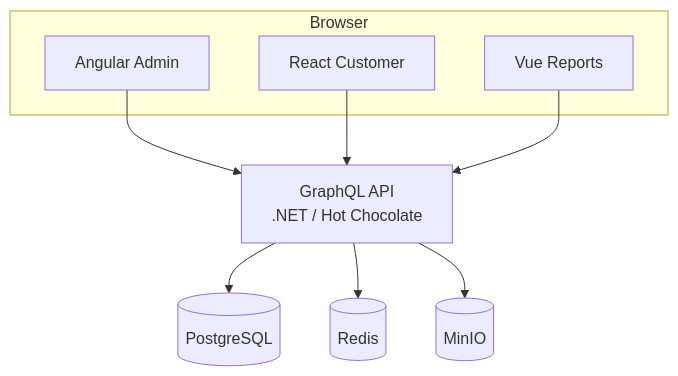
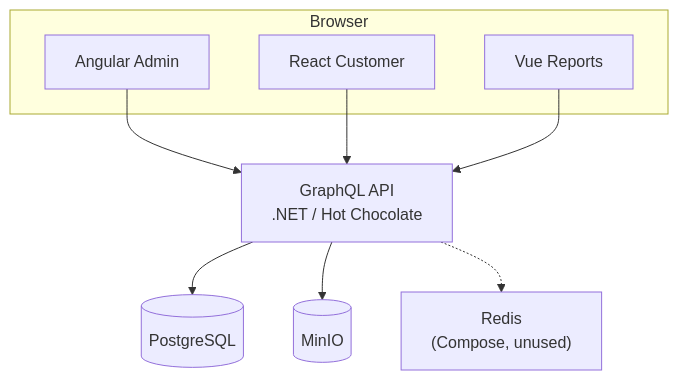
Before and after one commit to SDS37/kyc-multi-frontend: the diagram in README.md, drawn with Mermaid. The commit also changed other lines of this file and 20 other files, not shown here.

First line of the commit message:
docs: after-MVP wishlist and honest Redis/MediatR diagrams (#113)

````diff
--- a/README.md
+++ b/README.md
@@ -171,20 +171,20 @@
 ```mermaid
 flowchart TB
     subgraph Clients["Browser"]
         Admin["Angular Admin"]
         Customer["React Customer"]
         Reports["Vue Reports"]
     end
 
     GQL["GraphQL API<br/>.NET / Hot Chocolate"]
     DB[(PostgreSQL)]
-    Cache[(Redis)]
+    Cache["Redis<br/>(Compose, unused)"]
     Files[(MinIO)]
 
     Admin --> GQL
     Customer --> GQL
     Reports --> GQL
     GQL --> DB
-    GQL --> Cache
     GQL --> Files
+    GQL -.-> Cache
 ```
````
